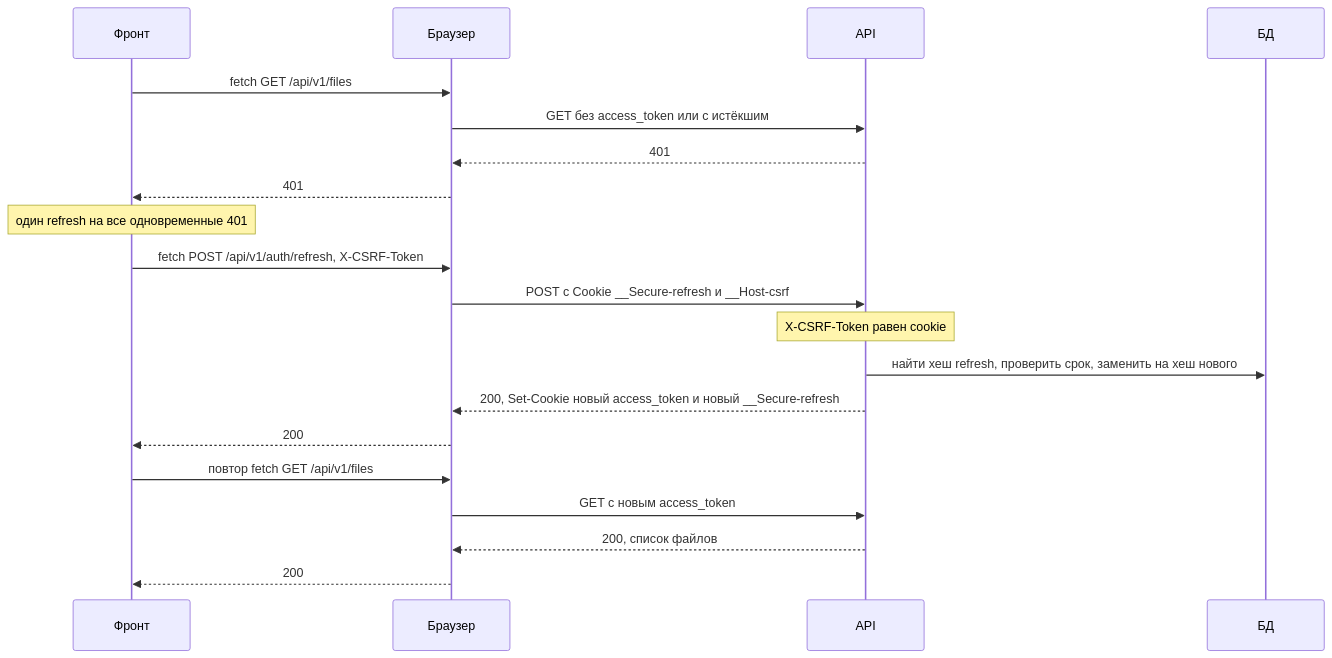
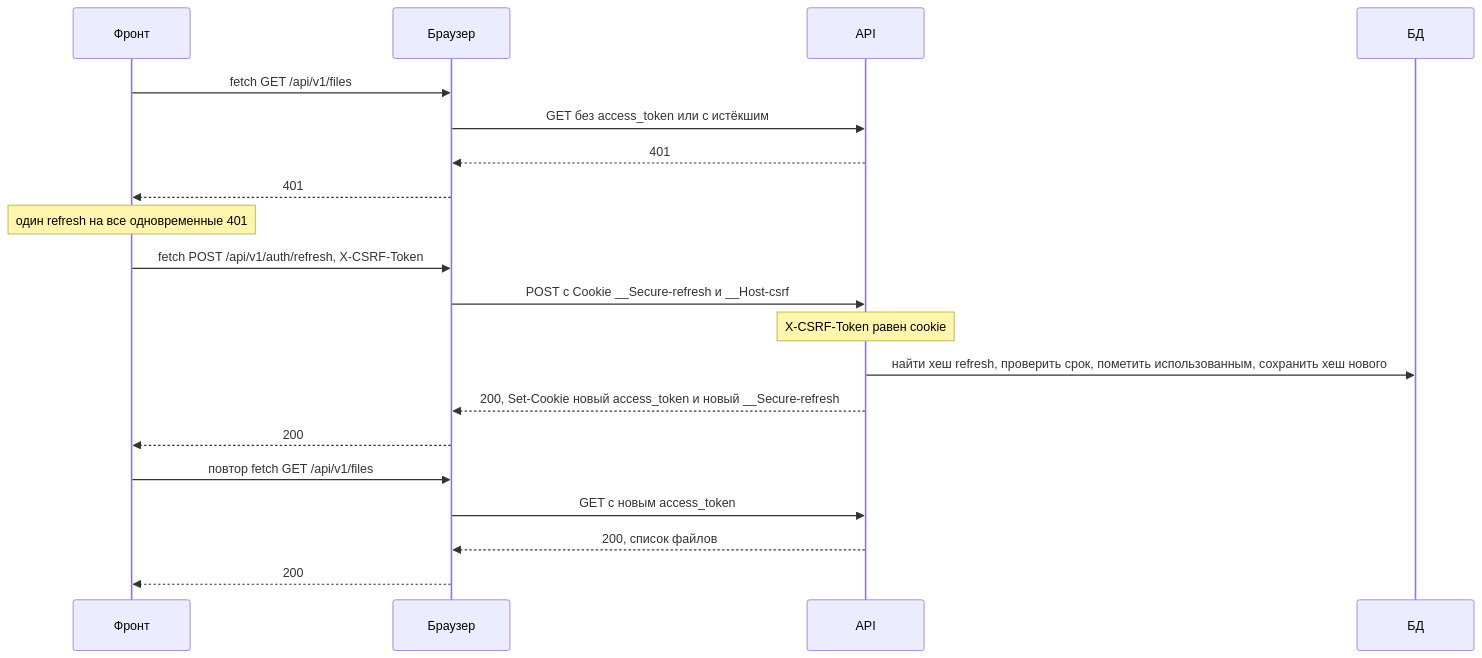
The third of 5 diagrams in rk1/variant-a.md (TP-Prepare/technopark-guidelines), drawn with Mermaid before and after one commit. The commit also changed other lines of this file, not shown here.

````diff
--- a/rk1/variant-a.md
+++ b/rk1/variant-a.md
@@ -135,22 +138,22 @@
 ```mermaid
 sequenceDiagram
     participant F as Фронт
     participant B as Браузер
     participant A as API
     participant D as БД
     F->>B: fetch GET /api/v1/files
     B->>A: GET без access_token или с истёкшим
     A-->>B: 401
     B-->>F: 401
     Note over F: один refresh на все одновременные 401
     F->>B: fetch POST /api/v1/auth/refresh, X-CSRF-Token
     B->>A: POST с Cookie __Secure-refresh и __Host-csrf
     Note over A: X-CSRF-Token равен cookie
-    A->>D: найти хеш refresh, проверить срок, заменить на хеш нового
+    A->>D: найти хеш refresh, проверить срок, пометить использованным, сохранить хеш нового
     A-->>B: 200, Set-Cookie новый access_token и новый __Secure-refresh
     B-->>F: 200
     F->>B: повтор fetch GET /api/v1/files
     B->>A: GET с новым access_token
     A-->>B: 200, список файлов
     B-->>F: 200
 ```
````
